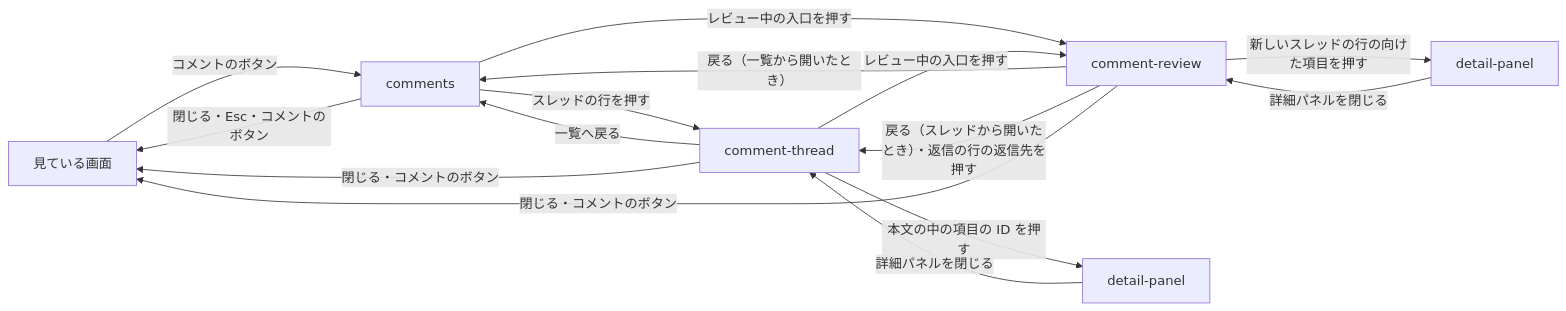
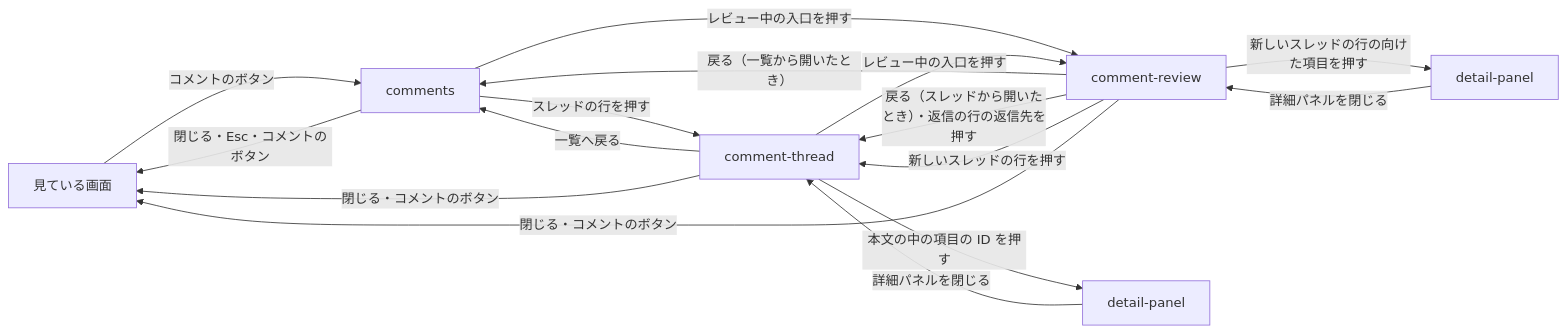
The diagram in dev/pr/235/プレビュー.md (shuhei1101/mindstella), drawn with Mermaid before and after one commit. The commit also changed other lines of this file, not shown here.

````diff
--- a/dev/pr/235/プレビュー.md
+++ b/dev/pr/235/プレビュー.md
@@ -78,17 +79,18 @@
 ```mermaid
 flowchart LR
   V[見ている画面] -->|コメントのボタン| C[comments]
   C -->|スレッドの行を押す| T[comment-thread]
   T -->|一覧へ戻る| C
   C -->|レビュー中の入口を押す| R[comment-review]
   T -->|レビュー中の入口を押す| R
   R -->|戻る（一覧から開いたとき）| C
   R -->|戻る（スレッドから開いたとき）・返信の行の返信先を押す| T
+  R -->|新しいスレッドの行を押す| T
   R -->|新しいスレッドの行の向けた項目を押す| D2[detail-panel]
   D2 -->|詳細パネルを閉じる| R
   T -->|本文の中の項目の ID を押す| D[detail-panel]
   D -->|詳細パネルを閉じる| T
   C -->|閉じる・Esc・コメントのボタン| V
   T -->|閉じる・コメントのボタン| V
   R -->|閉じる・コメントのボタン| V
 ```
````
